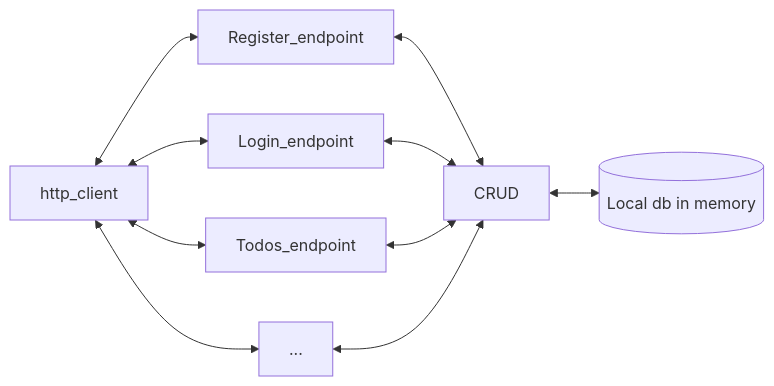
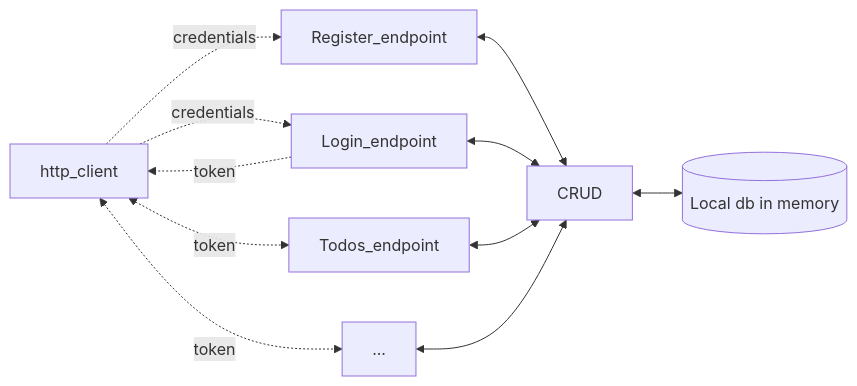
Before and after one commit to Ivlad003/ToDo_list_Nest: the first of 2 diagrams in README.md, drawn with Mermaid.

````diff
--- a/README.md
+++ b/README.md
@@ -3,12 +3,13 @@
 ```mermaid
 flowchart LR
-    http_client <--> Register_endpoint
-    http_client <--> Login_endpoint
-    http_client <--> Todos_endpoint
-    http_client <--> ...
+    http_client -. credentials .-> Register_endpoint
+    http_client -. credentials .-> Login_endpoint
+    Login_endpoint -. token .-> http_client
+    http_client <-. token .-> Todos_endpoint
+    http_client <-. token .-> ...
     Register_endpoint <--> CRUD
     CRUD <--> id1[(Local db in memory)]
     Login_endpoint <--> CRUD
     Todos_endpoint <--> CRUD
     ... <--> CRUD
 ```
````
